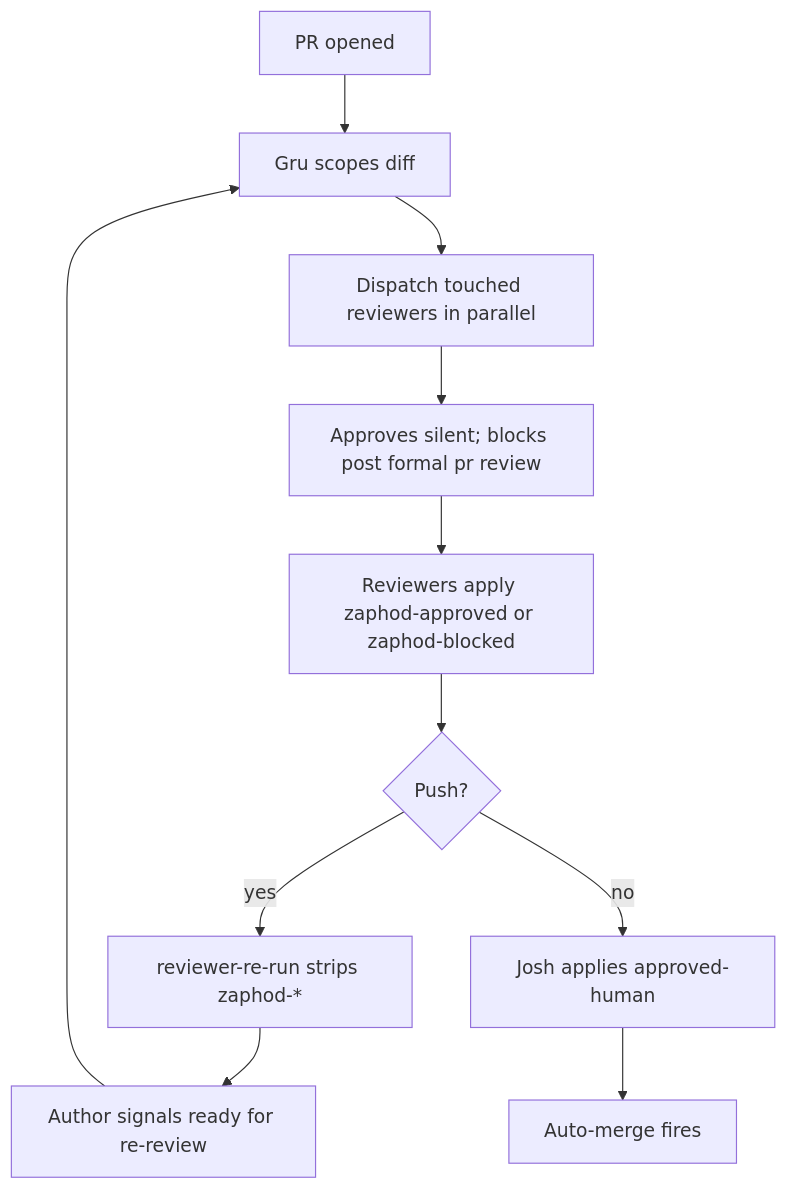
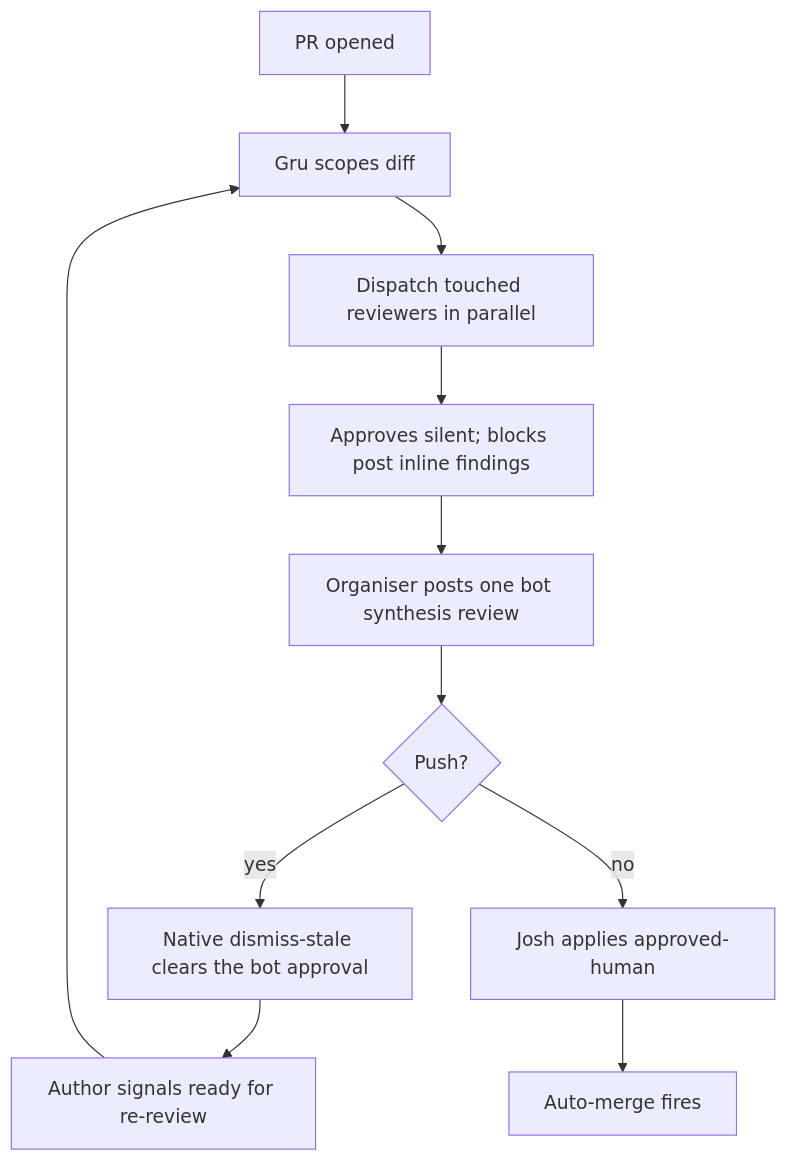
Before and after one commit to shuck-dev/volley: the first of 2 diagrams in ai/swarm/README.md, drawn with Mermaid. The commit also changed other lines of this file and 11 other files, not shown here.

First line of the commit message:
ci: retire zaphod verdict labels for bot synthesis review (#371)

````diff
--- a/ai/swarm/README.md
+++ b/ai/swarm/README.md
@@ -194,13 +194,13 @@
 ```mermaid
 flowchart TD
     Open[PR opened] --> Scope[Gru scopes diff]
     Scope --> Fanout[Dispatch touched reviewers in parallel]
-    Fanout --> Verdicts[Approves silent; blocks post formal pr review]
-    Verdicts --> Labels[Reviewers apply zaphod-approved or zaphod-blocked]
-    Labels --> Wait{Push?}
-    Wait -- yes --> Strip[reviewer-re-run strips zaphod-*]
+    Fanout --> Verdicts[Approves silent; blocks post inline findings]
+    Verdicts --> Synth[Organiser posts one bot synthesis review]
+    Synth --> Wait{Push?}
+    Wait -- yes --> Strip[Native dismiss-stale clears the bot approval]
     Strip --> ReadyAgain[Author signals ready for re-review]
     ReadyAgain --> Scope
     Wait -- no --> Josh[Josh applies approved-human]
     Josh --> AutoMerge[Auto-merge fires]
 ```
````
